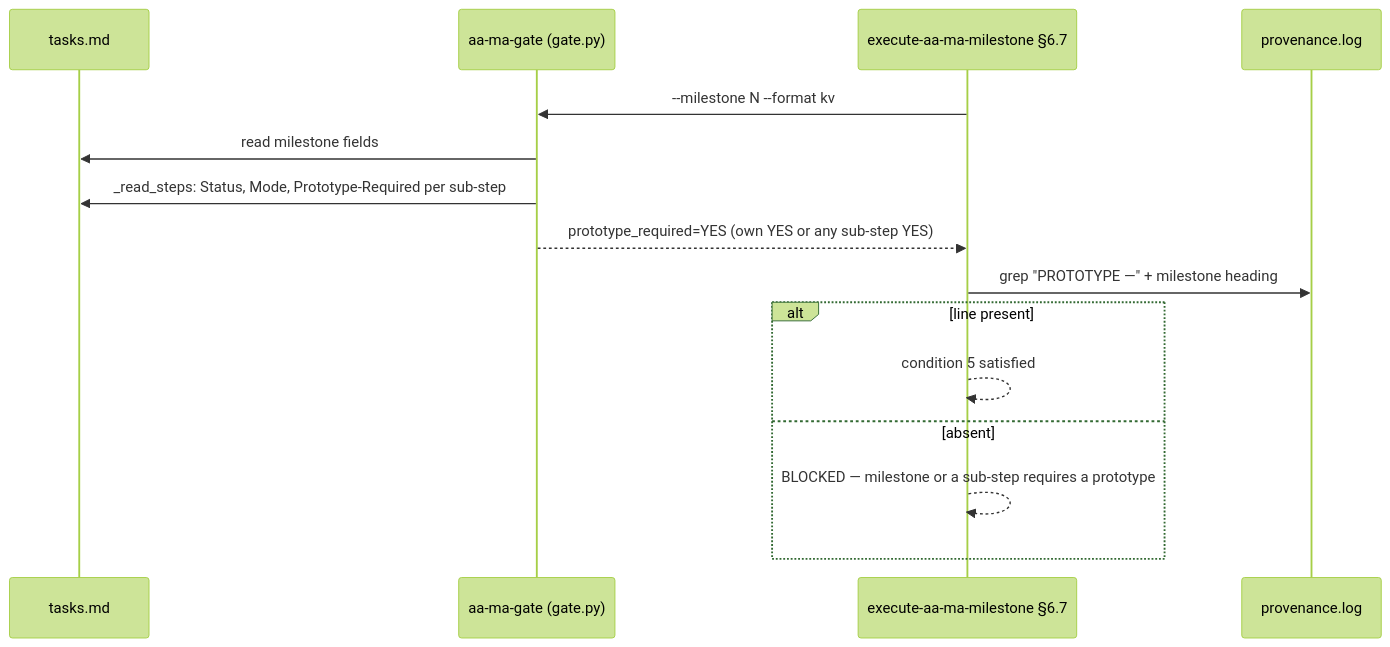
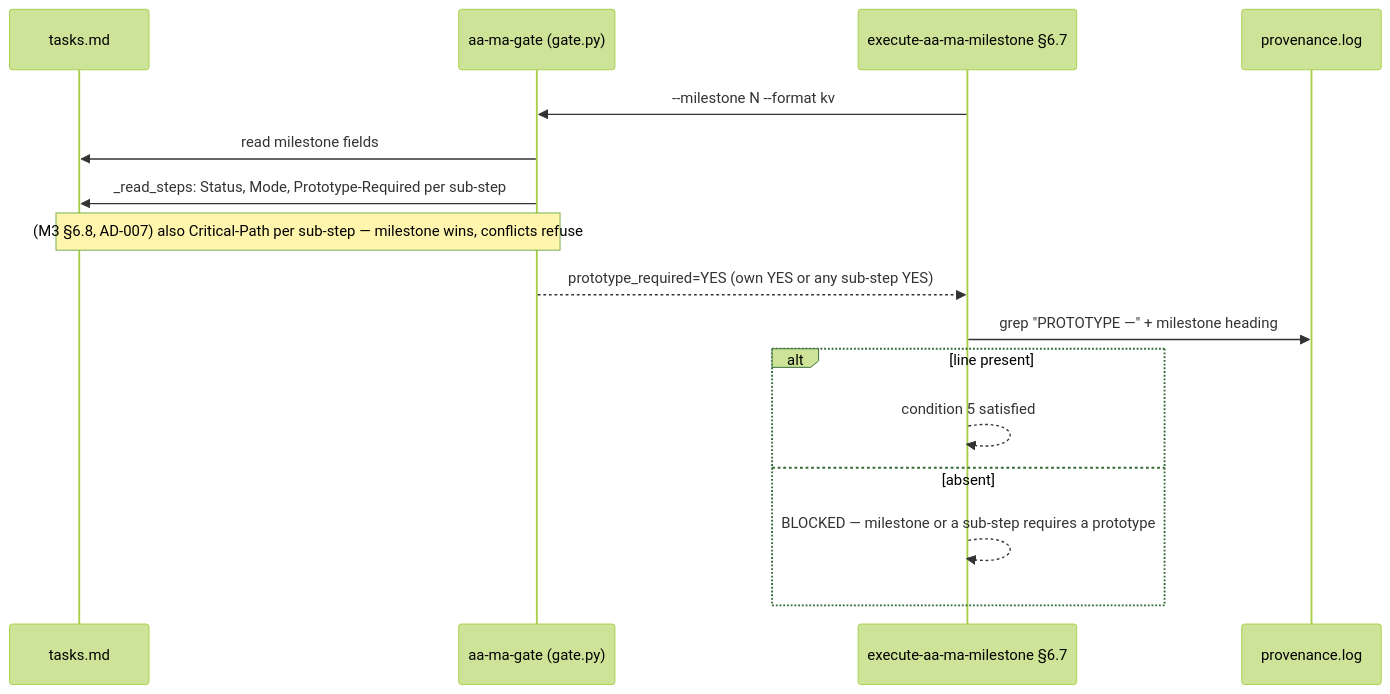
Before and after one commit to snewhouse/aa-ma-forge: the second of 2 diagrams in .claude/dev/active/mattpocock-trio-adoption/mattpocock-trio-adoption-plan.md, drawn with Mermaid (forest theme). The commit also changed 1 other file, not shown here.

Commit message:
docs(aa-ma): M3 back-fill (part 2) — 3.2 AD-007 amendment, green hashes in 3.3–3.6, §13 Flow note
[AA-MA Plan] mattpocock-trio-adoption .claude/dev/active/mattpocock-trio-adoption

````diff
--- a/.claude/dev/active/mattpocock-trio-adoption/mattpocock-trio-adoption-plan.md
+++ b/.claude/dev/active/mattpocock-trio-adoption/mattpocock-trio-adoption-plan.md
@@ -517,17 +517,18 @@
 ```mermaid
 sequenceDiagram
   participant T as tasks.md
   participant G as aa-ma-gate (gate.py)
   participant M as execute-aa-ma-milestone §6.7
   participant P as provenance.log
   M->>G: --milestone N --format kv
   G->>T: read milestone fields
   G->>T: _read_steps: Status, Mode, Prototype-Required per sub-step
+  Note over G,T: (M3 §6.8, AD-007) also Critical-Path per sub-step — milestone wins, conflicts refuse
   G-->>M: prototype_required=YES (own YES or any sub-step YES)
   M->>P: grep "PROTOTYPE —" + milestone heading
   alt line present
     M-->>M: condition 5 satisfied
   else absent
     M-->>M: BLOCKED — milestone or a sub-step requires a prototype
   end
 ```
````
